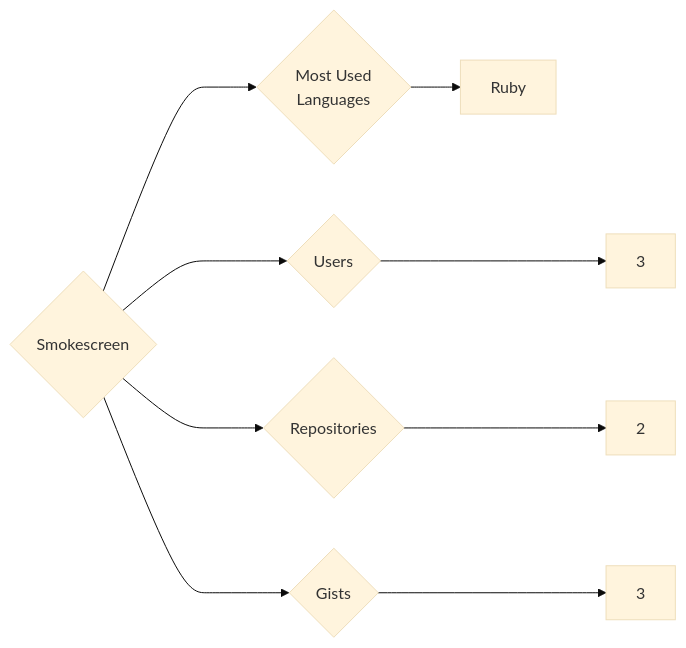
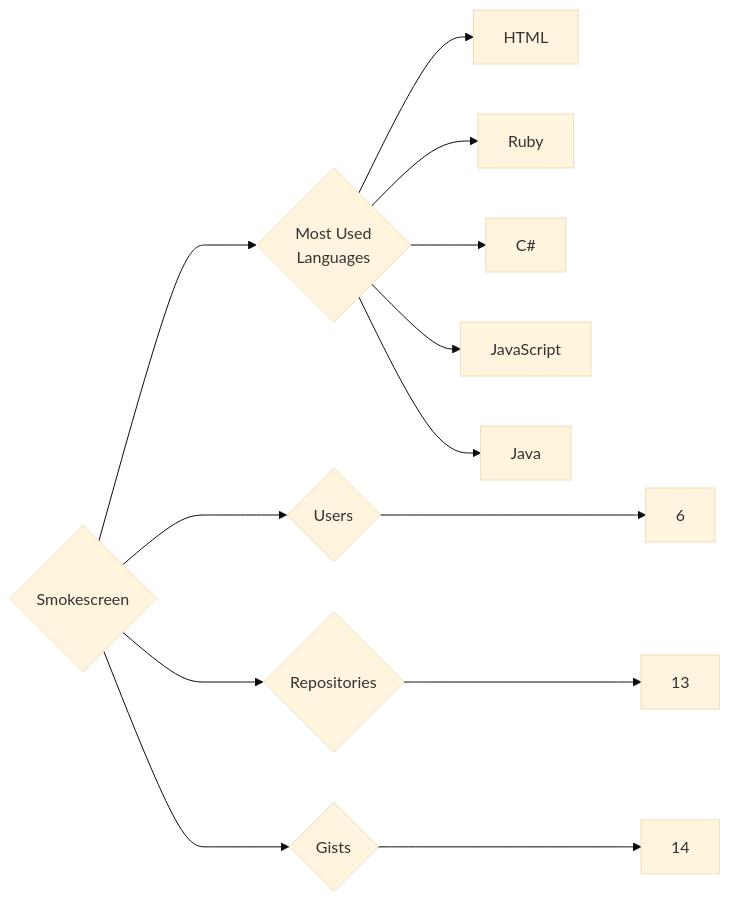
Before and after one commit to trickest/insiders: the diagram in targets/Smokescreen/README.md, drawn with Mermaid (base theme). The commit also changed 973 other files, not shown here.

````diff
--- a/targets/Smokescreen/README.md
+++ b/targets/Smokescreen/README.md
@@ -3,9 +3,13 @@
 ```mermaid
 graph LR
 COMPANY_NAME{Smokescreen}
-COMPANY_NAME ---> U{Users} ---> UN[3]
-COMPANY_NAME ---> R{Repositories} ---> RN[2]
-COMPANY_NAME ---> G{Gists} ---> GN[3]
+COMPANY_NAME ---> U{Users} ---> UN[6]
+COMPANY_NAME ---> R{Repositories} ---> RN[13]
+COMPANY_NAME ---> G{Gists} ---> GN[14]
 COMPANY_NAME ---> ML{Most Used<br>Languages}
+ML --> HTML[HTML]
 ML --> Ruby[Ruby]
+ML --> C#[C#]
+ML --> JavaScript[JavaScript]
+ML --> Java[Java]
 ```
````
